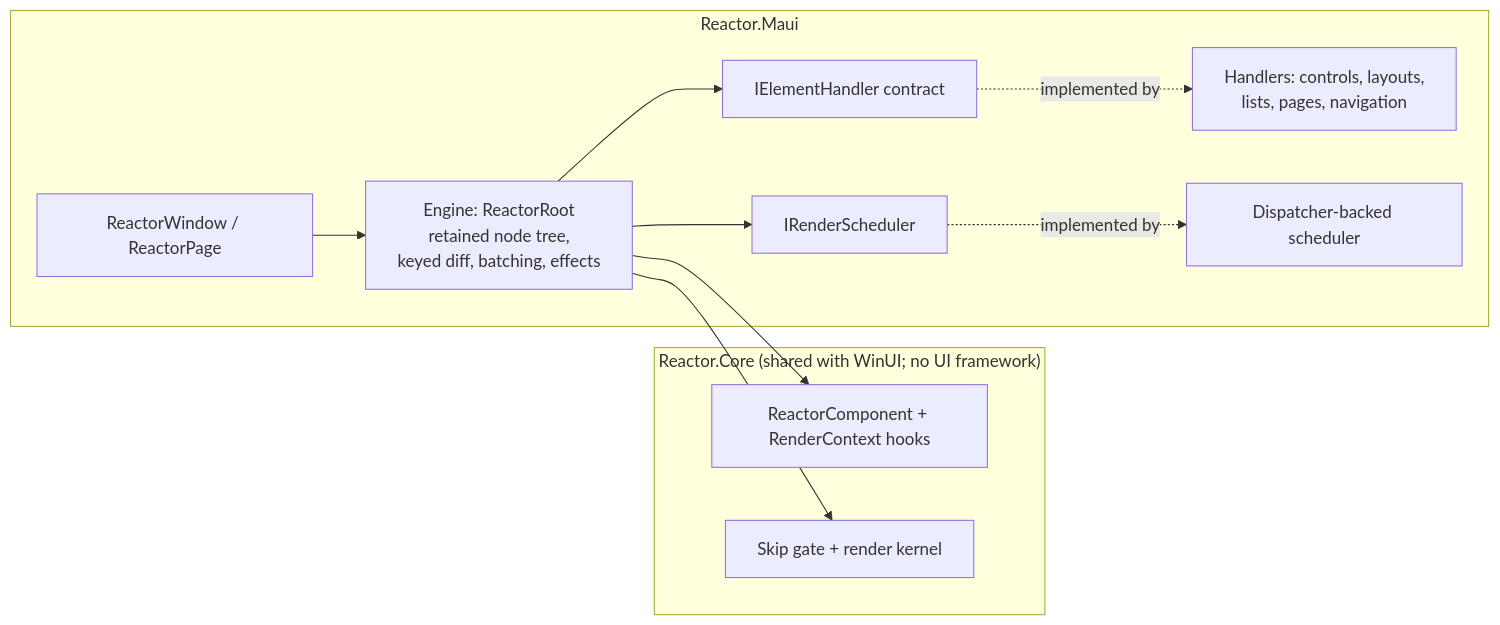
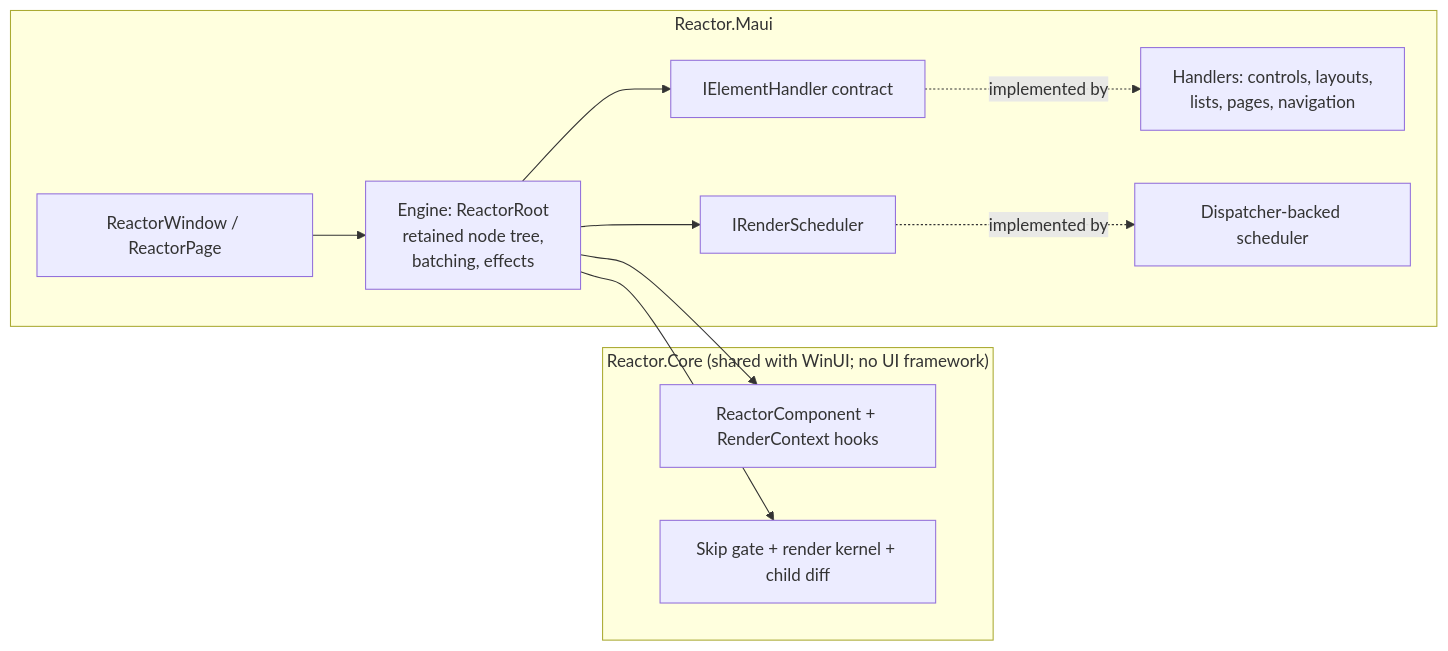
One commit to jfversluis/microsoft-ui-reactor changed the diagram in docs/specs/065-maui-renderer.md. Above: the diagram before and after it, drawn with Mermaid. The commit also changed other lines of this file and 13 other files, not shown here.

````diff
--- a/docs/specs/065-maui-renderer.md
+++ b/docs/specs/065-maui-renderer.md
@@ -139,22 +139,22 @@
 ```mermaid
 flowchart LR
   subgraph Core["Reactor.Core (shared with WinUI; no UI framework)"]
     C[ReactorComponent + RenderContext hooks]
-    G[Skip gate + render kernel]
+    G[Skip gate + render kernel + child diff]
   end
   subgraph Maui["Reactor.Maui"]
-    R[Engine: ReactorRoot<br/>retained node tree,<br/>keyed diff, batching, effects]
+    R[Engine: ReactorRoot<br/>retained node tree,<br/>batching, effects]
     H[IElementHandler contract]
     S[IRenderScheduler]
     MH[Handlers: controls, layouts,<br/>lists, pages, navigation]
     MS[Dispatcher-backed scheduler]
     P[ReactorWindow / ReactorPage]
   end
   R --> C
   R --> G
   R --> H
   R --> S
   H -.implemented by.-> MH
   S -.implemented by.-> MS
   P --> R
 ```
````
